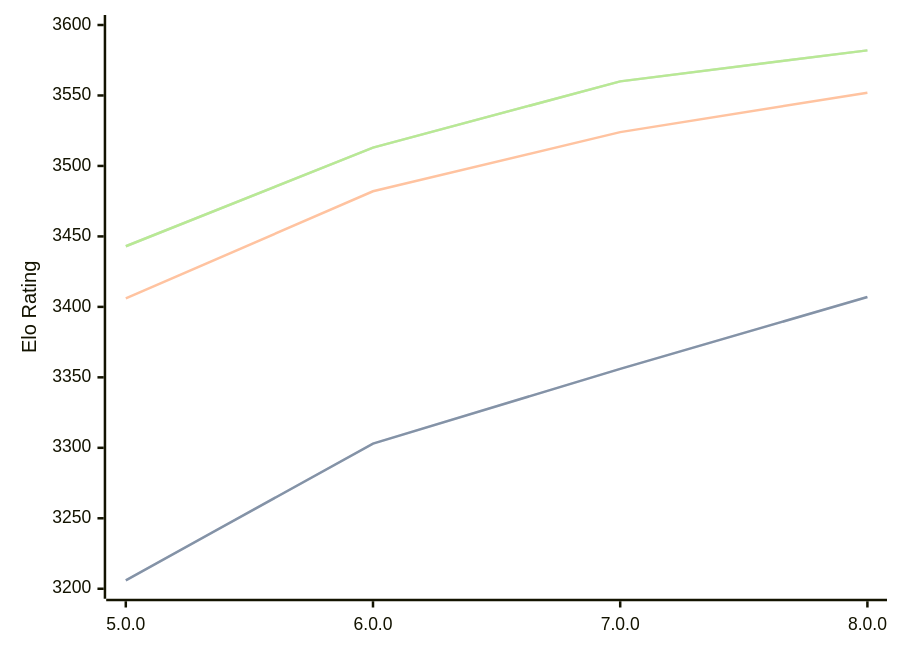
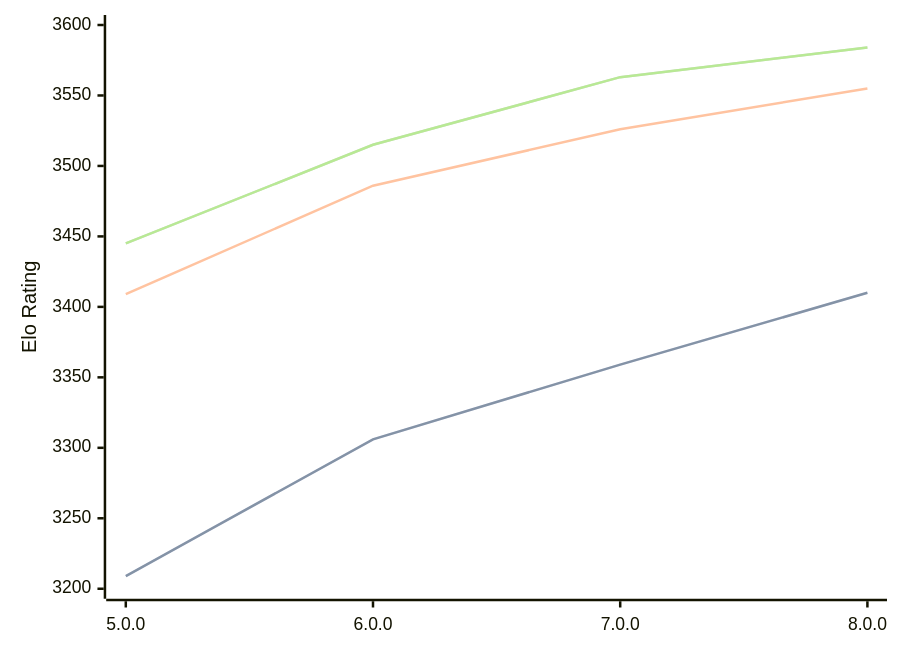
One commit to computer-chess-index/cci changed the diagram in engines/Stormphrax.md. Above: the diagram before and after it, drawn with Mermaid. The commit also changed other lines of this file, not shown here.

Commit message:
Update CCI Ratings (ELO VLTC) - 2026-09-24

````diff
--- a/engines/Stormphrax.md
+++ b/engines/Stormphrax.md
@@ -34,11 +34,11 @@
 ```mermaid
 %%{init: {"theme":"base","themeVariables":{"seriesColors:['#a3a3a3','#222221','#faa371']}}}%%
 xychart-beta
   x-axis ["5.0.0", "6.0.0", "7.0.0", "8.0.0"]
   y-axis "Elo Rating" 3200 --> 3600
-  line "" [3206, 3303, 3356, 3407]
-  line "STC (8.0+0.08s)" [3206, 3303, 3356, 3407]
-  line "LTC (60.0+0.60s)" [3406, 3482, 3524, 3552]
-  line "" [3443, 3513, 3560, 3582]
-  line "VLTC (2m24s+1.12s)" [3443, 3513, 3560, 3582]
+  line "" [3209, 3306, 3359, 3410]
+  line "STC (8.0+0.08s)" [3209, 3306, 3359, 3410]
+  line "LTC (60.0+0.60s)" [3409, 3486, 3526, 3555]
+  line "" [3445, 3515, 3563, 3584]
+  line "VLTC (2m24s+1.12s)" [3445, 3515, 3563, 3584]
 ```
````
